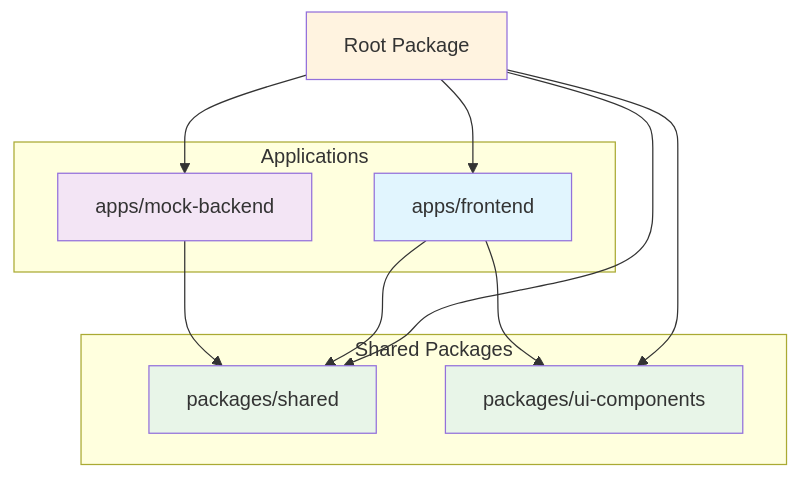
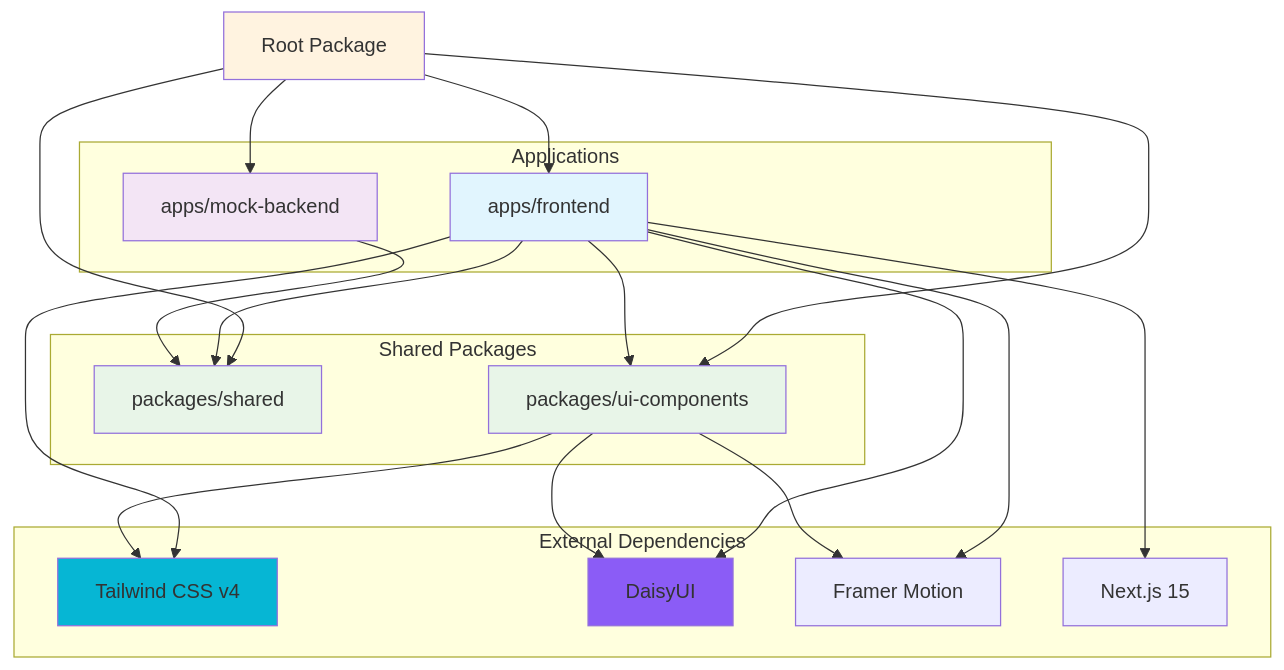
The third of 5 diagrams in README.md (rjalexa/nextjs-fs-scaffold), drawn with Mermaid before and after one commit. The commit also changed other lines of this file and 18 other files, not shown here.

Commit message:
transition from MUI to Tailwind/DaisyUI started

````diff
--- a/README.md
+++ b/README.md
@@ -276,29 +534,47 @@
 ```mermaid
 graph TD
     ROOT[Root Package]
     
     subgraph "Applications"
         FRONTEND[apps/frontend]
         BACKEND[apps/mock-backend]
     end
     
     subgraph "Shared Packages"
         SHARED[packages/shared]
         UI_COMP[packages/ui-components]
     end
     
+    subgraph "External Dependencies"
+        TAILWIND[Tailwind CSS v4]
+        DAISYUI[DaisyUI]
+        FRAMER[Framer Motion]
+        NEXT[Next.js 15]
+    end
+    
     ROOT --> FRONTEND
     ROOT --> BACKEND
     ROOT --> SHARED
     ROOT --> UI_COMP
     
     FRONTEND --> SHARED
     FRONTEND --> UI_COMP
+    FRONTEND --> TAILWIND
+    FRONTEND --> DAISYUI
+    FRONTEND --> FRAMER
+    FRONTEND --> NEXT
+    
+    UI_COMP --> TAILWIND
+    UI_COMP --> DAISYUI
+    UI_COMP --> FRAMER
+    
     BACKEND --> SHARED
     
     style ROOT fill:#fff3e0
     style FRONTEND fill:#e1f5fe
     style BACKEND fill:#f3e5f5
     style SHARED fill:#e8f5e8
     style UI_COMP fill:#e8f5e8
+    style TAILWIND fill:#06b6d4
+    style DAISYUI fill:#8b5cf6
 ```
````
